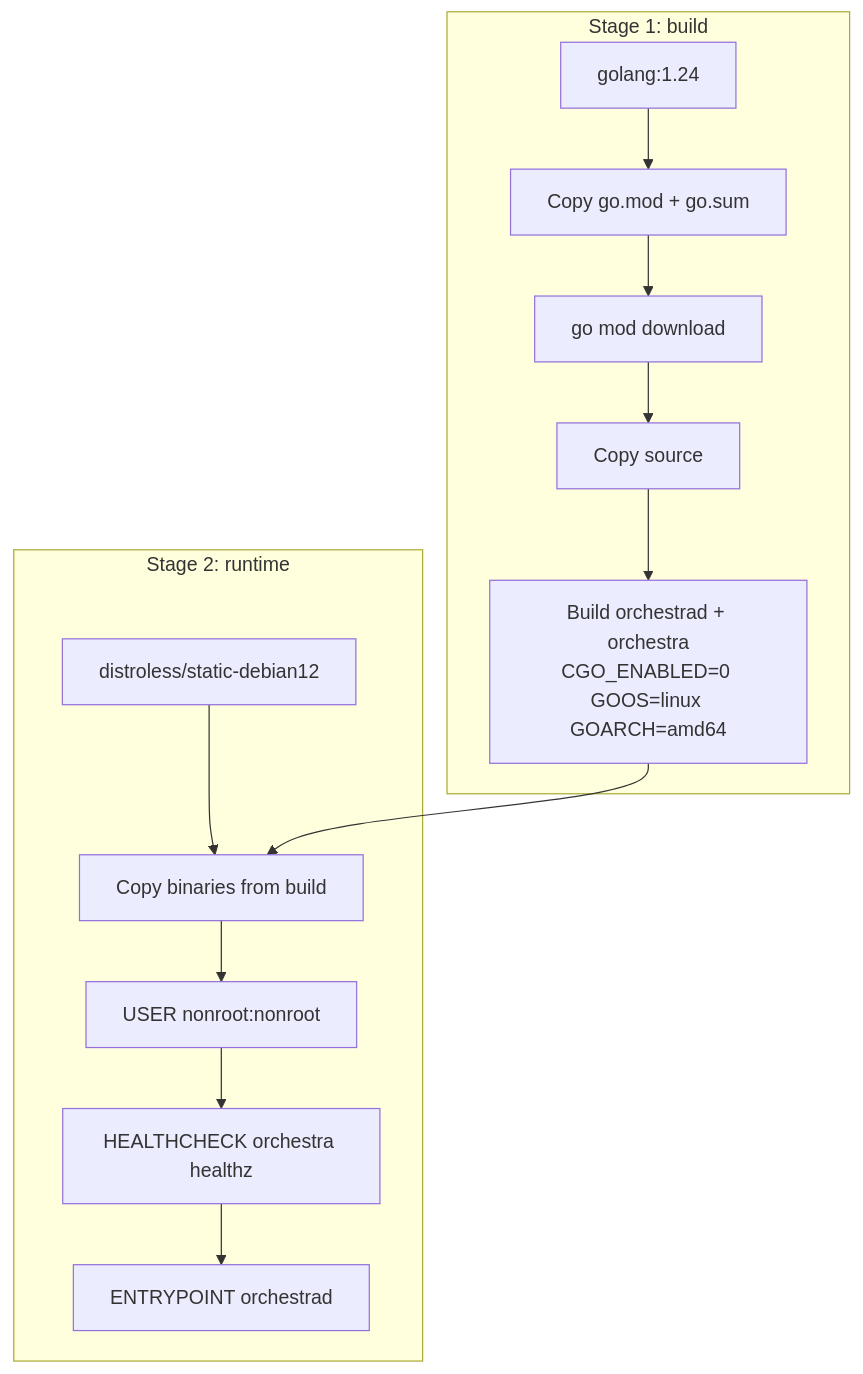
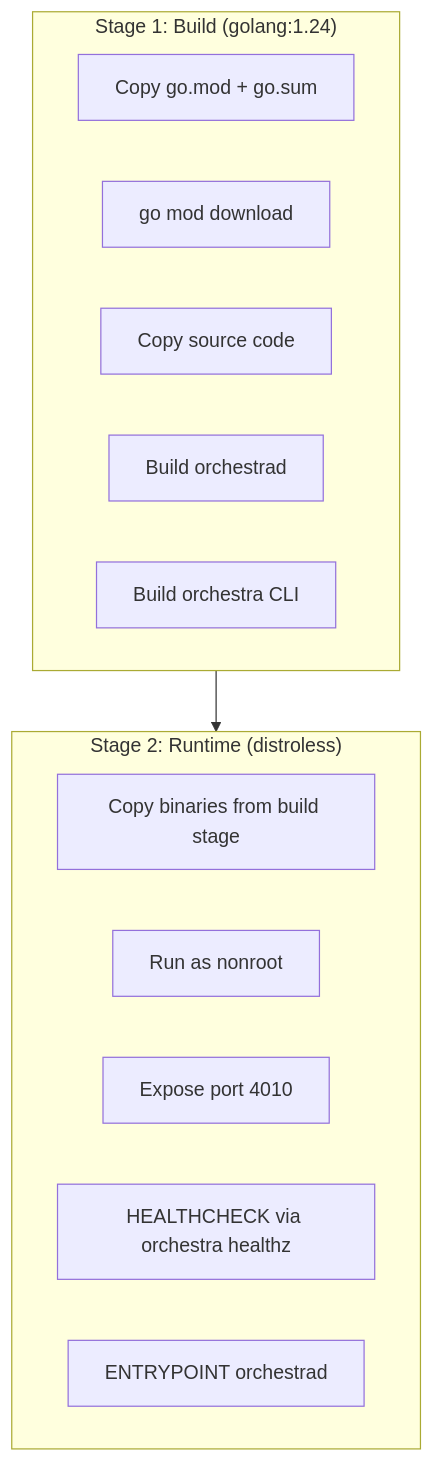
The diagram in docs/operations/docker.md (bradAGI/Orchestra), drawn with Mermaid before and after one commit. The commit also changed other lines of this file and 12 other files, not shown here.

````diff
--- a/docs/operations/docker.md
+++ b/docs/operations/docker.md
@@ -14,18 +13,20 @@
 ```mermaid
 flowchart TD
-    subgraph "Stage 1: build"
-        A[golang:1.24] --> B[Copy go.mod + go.sum]
-        B --> C[go mod download]
-        C --> D[Copy source]
-        D --> E["Build orchestrad + orchestra<br/>CGO_ENABLED=0 GOOS=linux GOARCH=amd64"]
+    subgraph Stage1["Stage 1: Build (golang:1.24)"]
+        COPY_MOD[Copy go.mod + go.sum]
+        DL[go mod download]
+        COPY_SRC[Copy source code]
+        BUILD_D[Build orchestrad]
+        BUILD_C[Build orchestra CLI]
     end
 
-    subgraph "Stage 2: runtime"
-        F[distroless/static-debian12] --> G[Copy binaries from build]
-        G --> H[USER nonroot:nonroot]
-        H --> I[HEALTHCHECK orchestra healthz]
-        I --> J["ENTRYPOINT orchestrad"]
+    subgraph Stage2["Stage 2: Runtime (distroless)"]
+        COPY_BIN[Copy binaries from build stage]
+        SET_USER[Run as nonroot]
+        EXPOSE[Expose port 4010]
+        HEALTH[HEALTHCHECK via orchestra healthz]
+        ENTRY[ENTRYPOINT orchestrad]
     end
 
-    E --> G
+    Stage1 --> Stage2
 ```
````
